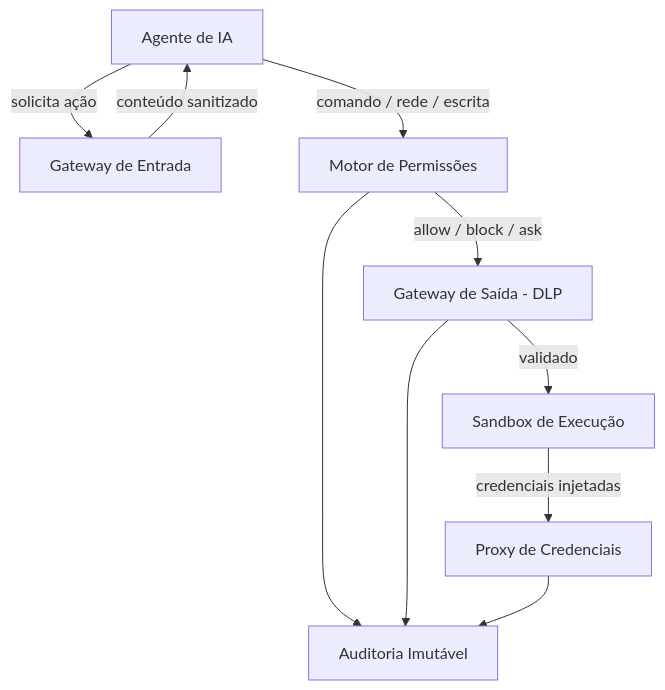
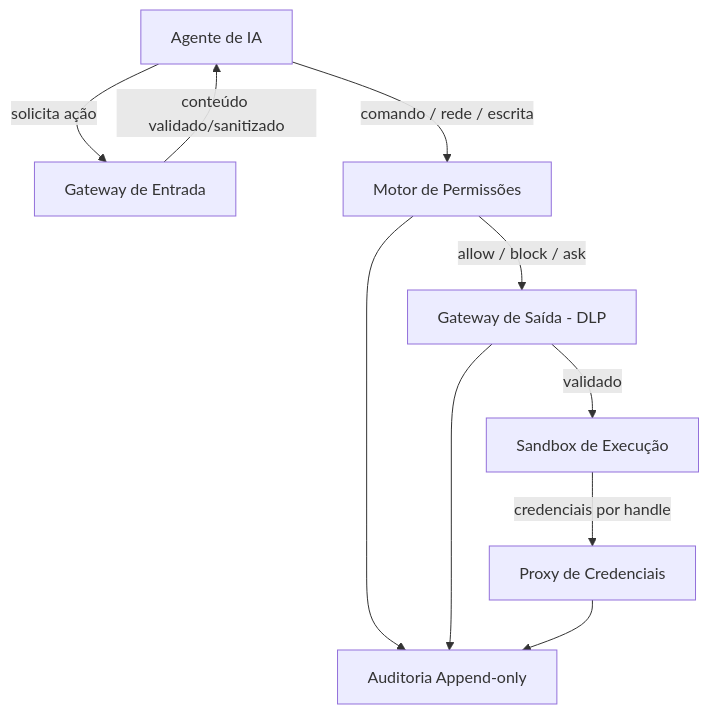
One commit to venturalabs-ai/Ventura.SEG changed the diagram in docs/architecture.md. Above: the diagram before and after it, drawn with Mermaid. The commit also changed other lines of this file, not shown here.

Commit message:
docs: align architecture status with verifiable guarantees

````diff
--- a/docs/architecture.md
+++ b/docs/architecture.md
@@ -7,12 +7,12 @@
 ```mermaid
 graph TD
     A[Agente de IA] -->|solicita ação| B[Gateway de Entrada]
-    B -->|conteúdo sanitizado| A
+    B -->|conteúdo validado/sanitizado| A
     A -->|comando / rede / escrita| C[Motor de Permissões]
     C -->|allow / block / ask| D[Gateway de Saída - DLP]
     D -->|validado| E[Sandbox de Execução]
-    E -->|credenciais injetadas| F[Proxy de Credenciais]
-    C --> G[Auditoria Imutável]
+    E -->|credenciais por handle| F[Proxy de Credenciais]
+    C --> G[Auditoria Append-only]
     D --> G
     F --> G
 ```
````
